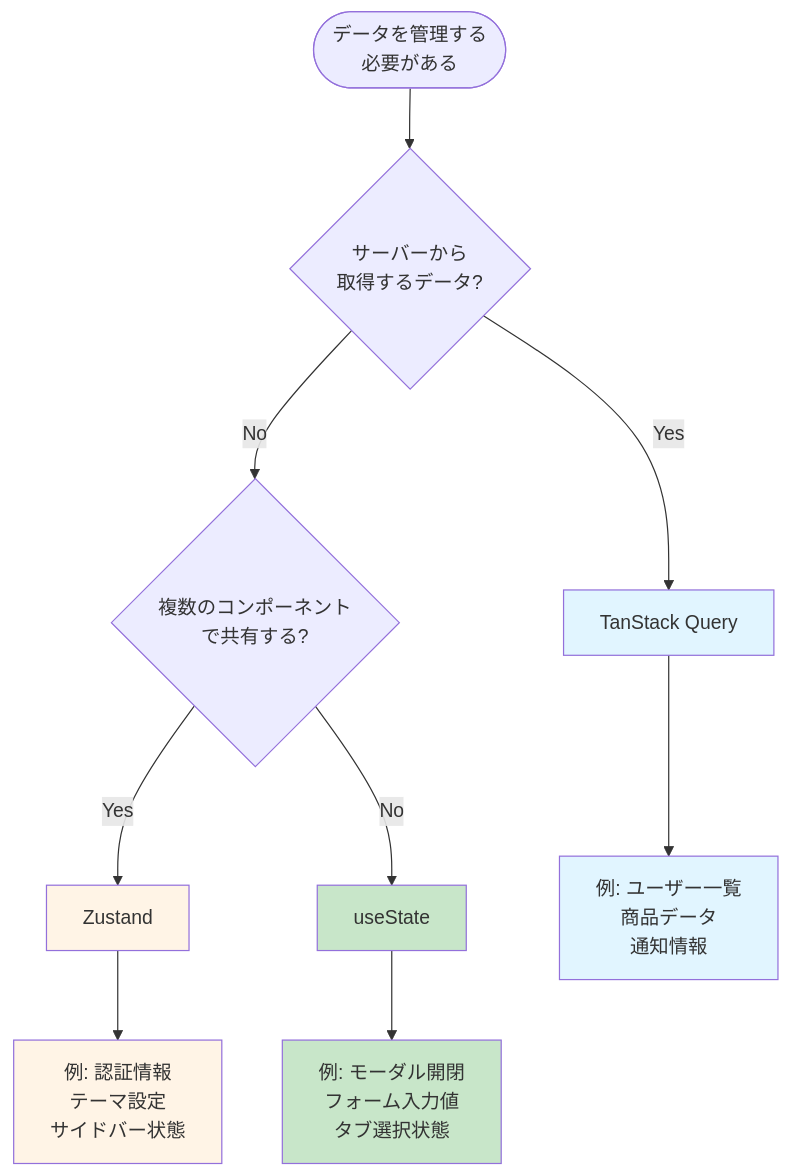
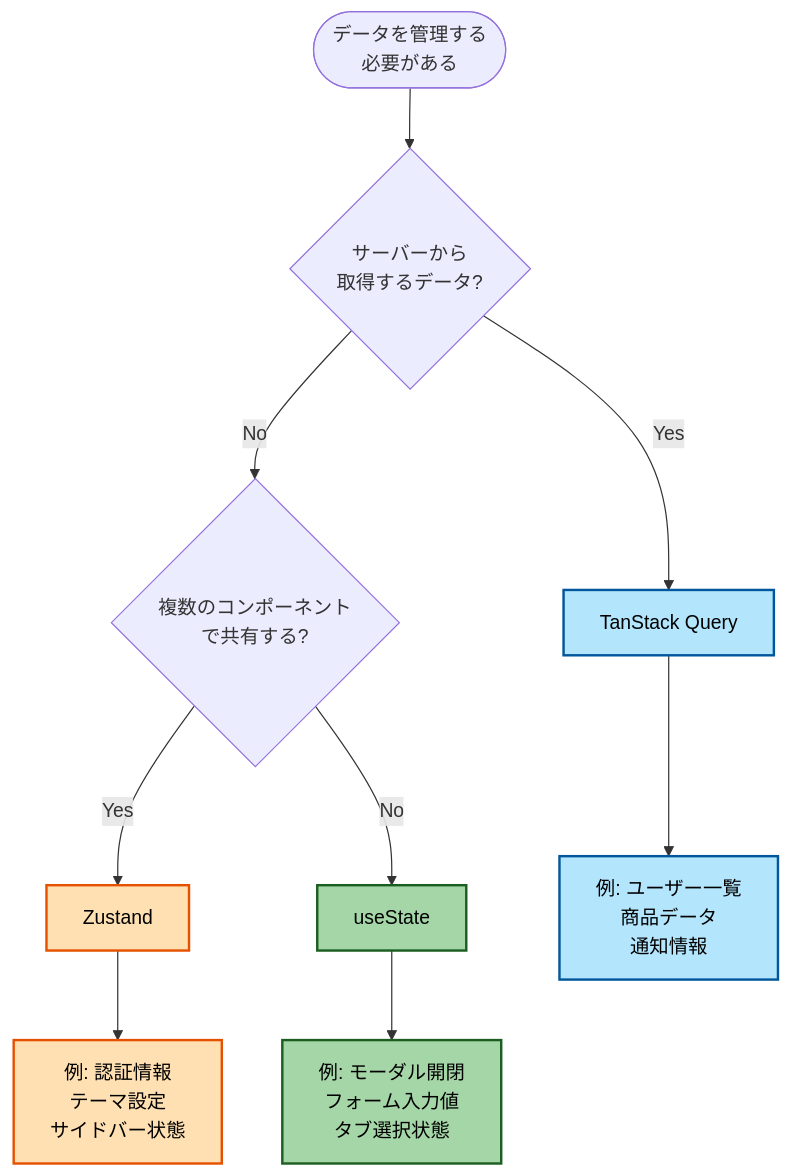
The first of 4 diagrams in docs/03-core-concepts/02-state-management.md (nomura-koshiro/next-app-docs), drawn with Mermaid before and after one commit. The commit also changed other lines of this file and 190 other files, not shown here.

````diff
--- a/docs/03-core-concepts/02-state-management.md
+++ b/docs/03-core-concepts/02-state-management.md
@@ -26,22 +26,22 @@
 ```mermaid
 flowchart TD
     Start([データを管理する<br/>必要がある])
     Start --> Q1{サーバーから<br/>取得するデータ?}
 
     Q1 -->|Yes| TQ[TanStack Query]
     Q1 -->|No| Q2{複数のコンポーネント<br/>で共有する?}
 
     Q2 -->|Yes| Zustand[Zustand]
     Q2 -->|No| UseState[useState]
 
     TQ --> TQEx[例: ユーザー一覧<br/>商品データ<br/>通知情報]
     Zustand --> ZustandEx[例: 認証情報<br/>テーマ設定<br/>サイドバー状態]
     UseState --> UseStateEx[例: モーダル開閉<br/>フォーム入力値<br/>タブ選択状態]
 
-    style TQ fill:#e1f5ff
-    style Zustand fill:#fff4e6
-    style UseState fill:#c8e6c9
-    style TQEx fill:#e1f5ff
-    style ZustandEx fill:#fff4e6
-    style UseStateEx fill:#c8e6c9
+    style TQ fill:#b3e5fc,stroke:#01579b,stroke-width:2px,color:#000
+    style Zustand fill:#ffe0b2,stroke:#e65100,stroke-width:2px,color:#000
+    style UseState fill:#a5d6a7,stroke:#1b5e20,stroke-width:2px,color:#000
+    style TQEx fill:#b3e5fc,stroke:#01579b,stroke-width:2px,color:#000
+    style ZustandEx fill:#ffe0b2,stroke:#e65100,stroke-width:2px,color:#000
+    style UseStateEx fill:#a5d6a7,stroke:#1b5e20,stroke-width:2px,color:#000
 ```
````
